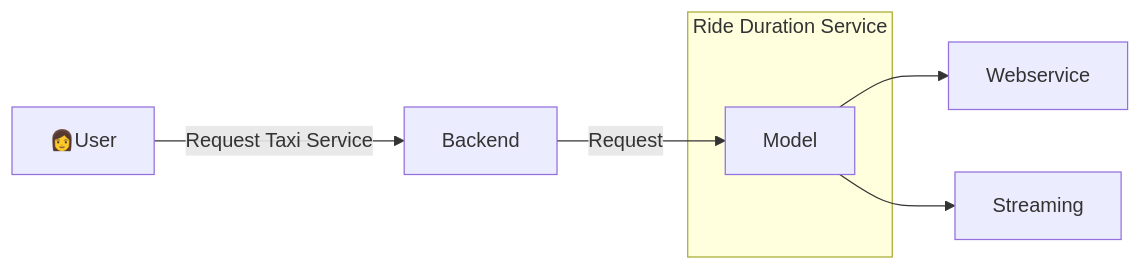
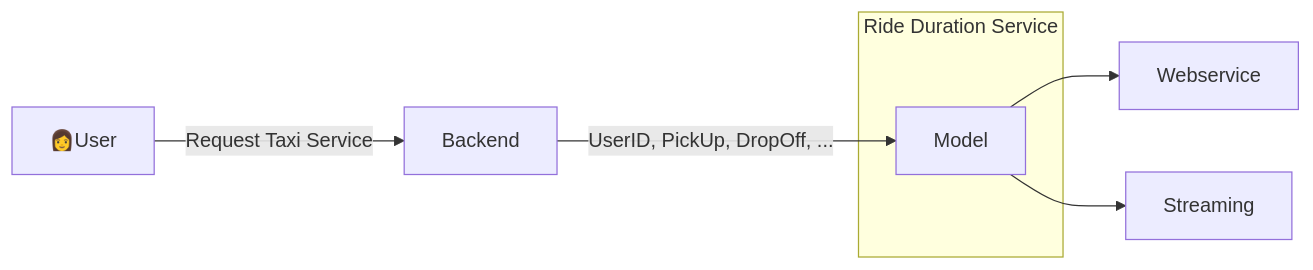
Before and after one commit to mossdet/mlops-dlp: the second of 2 diagrams in week04/README.md, drawn with Mermaid.

````diff
--- a/week04/README.md
+++ b/week04/README.md
@@ -25,14 +25,14 @@
 ```mermaid
 graph LR
     classDef sub opacity:0
     classDef note fill:#ffd, stroke:#ccb
 
     User[👩User]--> |Request Taxi Service| Backend[Backend]
-    Backend--> |Request| Model["Model"]
+    Backend--> |"UserID, PickUp, DropOff, ..."| Model["Model"]
     Model--> WebService[Webservice]
     Model--> Streaming[Streaming]
 
     subgraph subRideDurationService ["Ride Duration Service "]
         Model
     end
 ```
````
